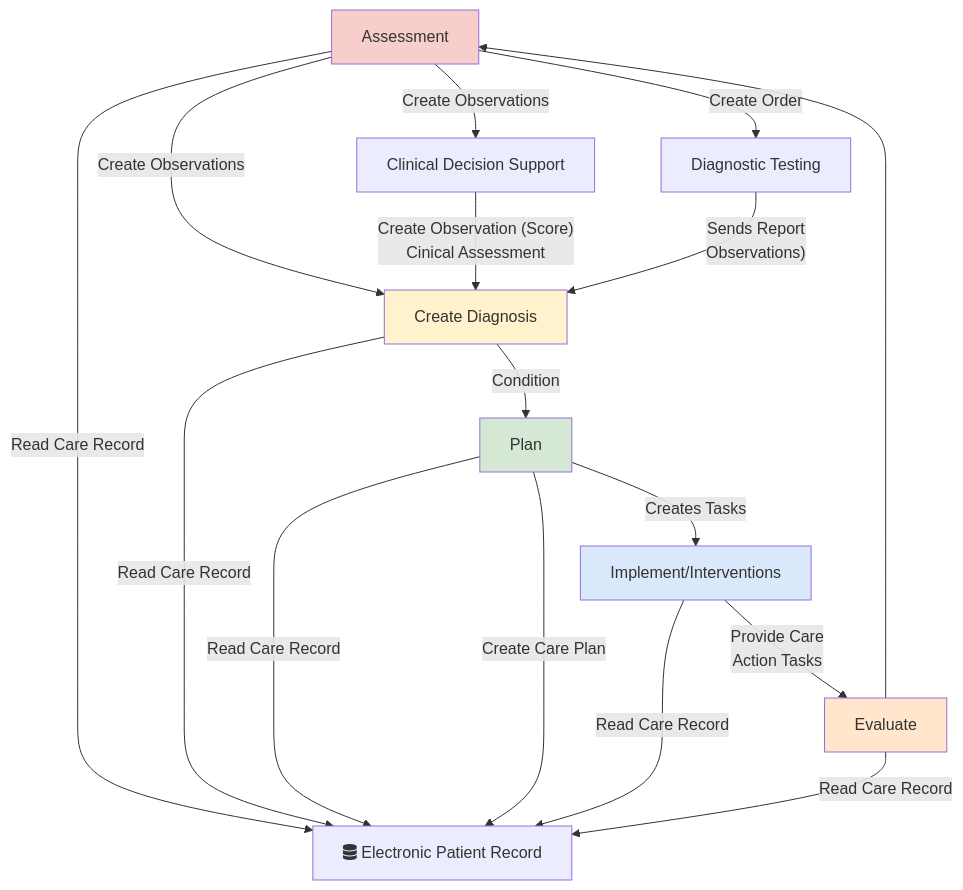
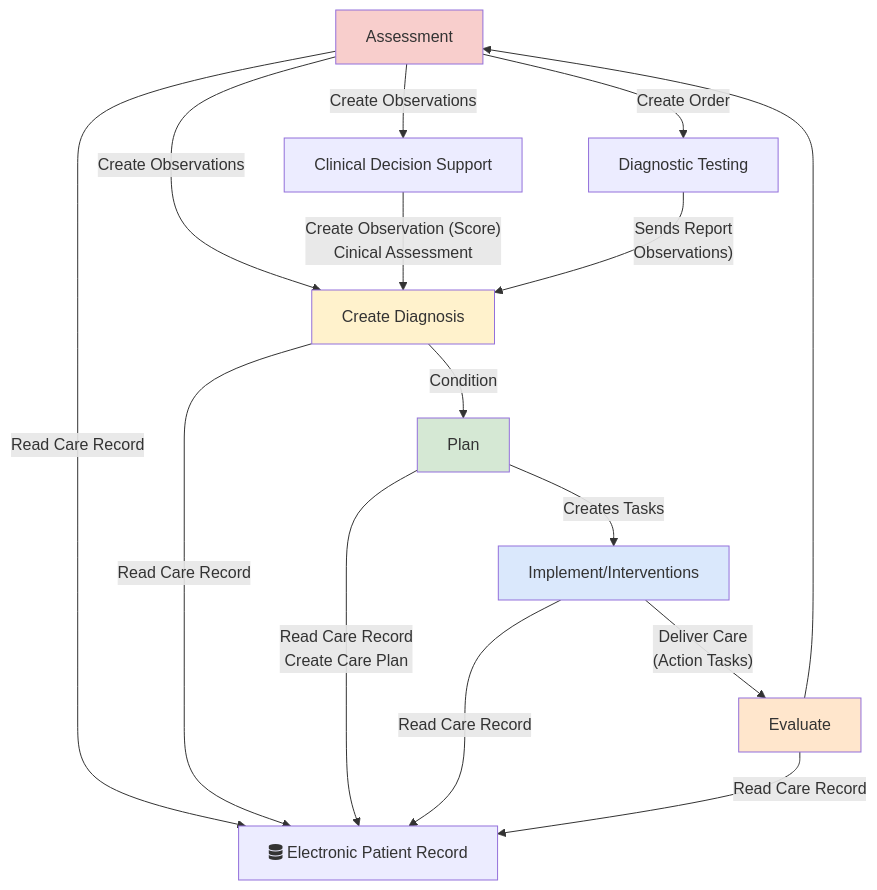
Before and after one commit to Virtually-Healthcare/virtually-healthcare.github.com: the diagram in input/pagecontent/index.md, drawn with Mermaid.

Commit message:
Mermaid diagram

````diff
--- a/input/pagecontent/index.md
+++ b/input/pagecontent/index.md
@@ -7,33 +7,32 @@
 ```mermaid
 graph TD;
     Assessment[Assessment]-->|Create Observations| Diagnosis;
     Assessment --> |Create Observations| ClinicalDecisionSupport
     Assessment --> |Create Order| DiagnosticTesting
 
     ClinicalDecisionSupport[Clinical Decision Support]  --> |"Create Observation (Score)<br/>Cinical Assessment"| Diagnosis
     DiagnosticTesting[Diagnostic Testing] --> |"Sends Report <br/> Observations)"| Diagnosis
     Diagnosis[Create Diagnosis]-->|Condition| Plan;
     Plan -->|Creates Tasks| Implement;
-    Implement[Implement/Interventions]-->|Provide Care <br/> Action Tasks| Evaluate;
+    Implement[Implement/Interventions]-->|"Deliver Care <br/>(Action Tasks)"| Evaluate;
     Evaluate[Evaluate]-->Assessment;
 
     EPR[fas:fa-database Electronic Patient Record] 
     Assessment --> |Read Care Record| EPR
     Diagnosis --> |Read Care Record| EPR
-    Plan --> |Read Care Record| EPR
-    Plan --> |Create Care Plan| EPR
+    Plan --> |Read Care Record <br/> Create Care Plan| EPR
     Implement --> |Read Care Record| EPR
     Evaluate --> |Read Care Record| EPR
     
     classDef yellow fill:#FFF2CC;
     classDef pink fill:#F8CECC
     classDef green fill:#D5E8D4;
     classDef blue fill:#DAE8FC;
     classDef orange fill:#FFE6CC;
 
     class Assessment pink
     class Diagnosis yellow
     class Plan green
     class Implement blue
     class Evaluate orange
 ```
````
